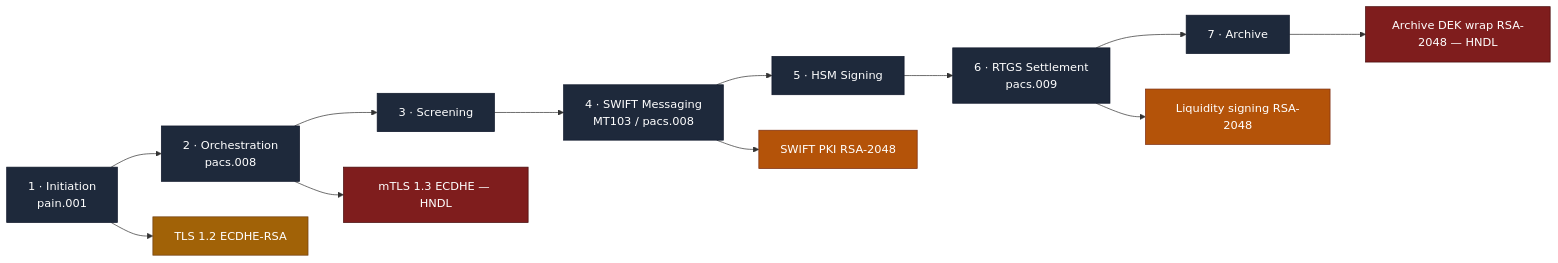
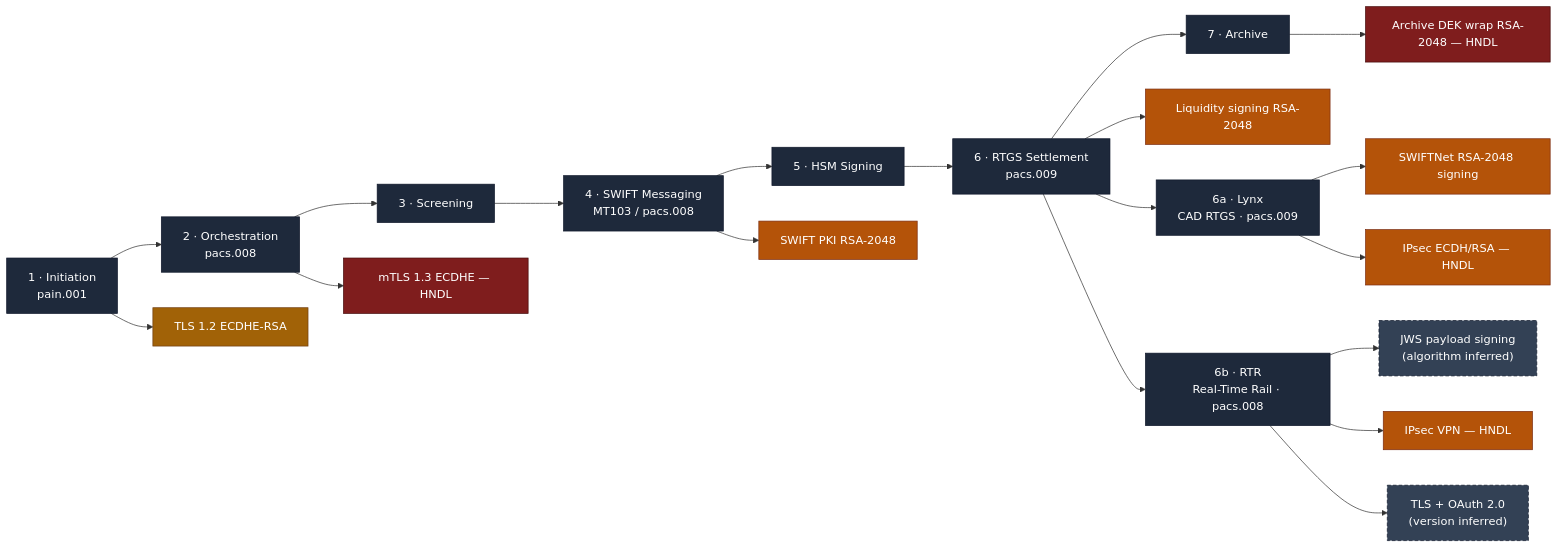
The diagram in docs/crypto-dependency-map.md (matifshoaib/swift-iso20022-cbom), drawn with Mermaid before and after one commit. The commit also changed other lines of this file and 7 other files, not shown here.

Commit message:
Add Lynx + RTR Canadian settlement endpoints with confidence labeling

````diff
--- a/docs/crypto-dependency-map.md
+++ b/docs/crypto-dependency-map.md
@@ -8,14 +8,22 @@
 ```mermaid
 graph LR
     classDef p1 fill:#7f1d1d,stroke:#450a0a,color:#fff;
     classDef p2 fill:#b45309,stroke:#7c2d12,color:#fff;
     classDef p3 fill:#a16207,stroke:#713f12,color:#fff;
     classDef p4 fill:#166534,stroke:#14532d,color:#fff;
     classDef stage fill:#1e293b,stroke:#0f172a,color:#fff;
+    classDef inferred fill:#334155,stroke:#0f172a,color:#fff,stroke-dasharray: 5 3;
     S1["1 · Initiation<br/>pain.001"]:::stage --> S2["2 · Orchestration<br/>pacs.008"]:::stage --> S3["3 · Screening"]:::stage --> S4["4 · SWIFT Messaging<br/>MT103 / pacs.008"]:::stage --> S5["5 · HSM Signing"]:::stage --> S6["6 · RTGS Settlement<br/>pacs.009"]:::stage --> S7["7 · Archive"]:::stage
     S1 --> A1["TLS 1.2 ECDHE-RSA"]:::p3
     S2 --> B1["mTLS 1.3 ECDHE — HNDL"]:::p1
     S4 --> C1["SWIFT PKI RSA-2048"]:::p2
     S6 --> E1["Liquidity signing RSA-2048"]:::p2
     S7 --> F1["Archive DEK wrap RSA-2048 — HNDL"]:::p1
+    S6 --> LYNX["6a · Lynx<br/>CAD RTGS · pacs.009"]:::stage
+    S6 --> RTR["6b · RTR<br/>Real-Time Rail · pacs.008"]:::stage
+    LYNX --> L1["SWIFTNet RSA-2048 signing"]:::p2
+    LYNX --> L2["IPsec ECDH/RSA — HNDL"]:::p2
+    RTR --> R1["JWS payload signing<br/>(algorithm inferred)"]:::inferred
+    RTR --> R2["IPsec VPN — HNDL"]:::p2
+    RTR --> R3["TLS + OAuth 2.0<br/>(version inferred)"]:::inferred
 ```
````
